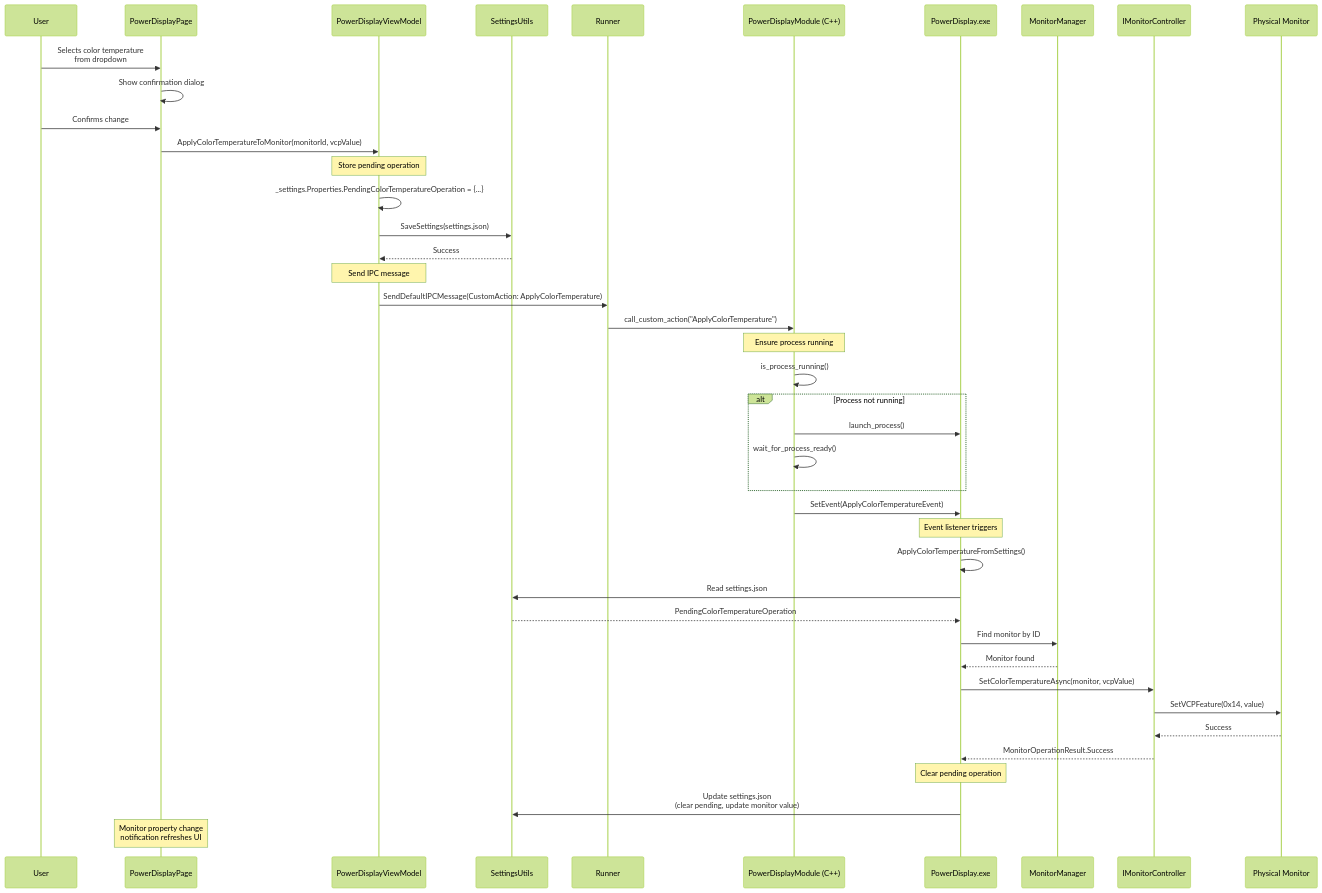
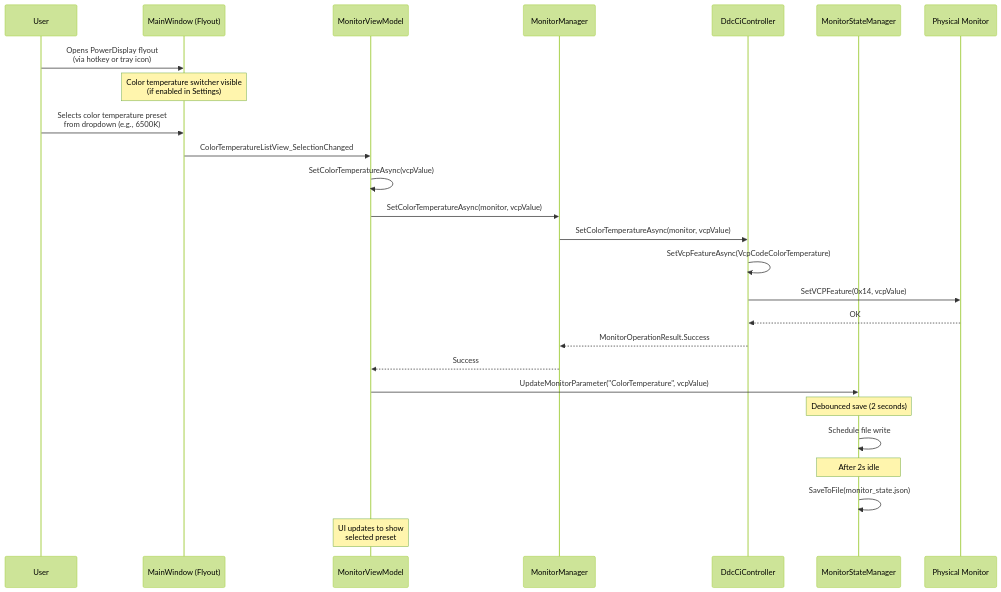
Before and after one commit to microsoft/PowerToys: diagram 19 of 23 in doc/devdocs/modules/powerdisplay/design.md, drawn with Mermaid (forest theme). The commit also changed other lines of this file and 23 other files, not shown here.

First line of the commit message:
Redesign PowerDisplay color temp: flyout-only, no IPC

````diff
--- a/doc/devdocs/modules/powerdisplay/design.md
+++ b/doc/devdocs/modules/powerdisplay/design.md
@@ -1255,55 +1256,39 @@
 ```mermaid
 sequenceDiagram
     participant User
-    participant SettingsPage as PowerDisplayPage
-    participant ViewModel as PowerDisplayViewModel
-    participant SettingsUtils
-    participant Runner
-    participant ModuleInterface as PowerDisplayModule (C++)
-    participant PowerDisplayApp as PowerDisplay.exe
+    participant Flyout as MainWindow (Flyout)
+    participant MonitorVM as MonitorViewModel
     participant MonitorManager
-    participant Controller as IMonitorController
+    participant Controller as DdcCiController
+    participant StateManager as MonitorStateManager
     participant Monitor as Physical Monitor
 
-    User->>SettingsPage: Selects color temperature<br/>from dropdown
-    SettingsPage->>SettingsPage: Show confirmation dialog
-    User->>SettingsPage: Confirms change
+    User->>Flyout: Opens PowerDisplay flyout<br/>(via hotkey or tray icon)
 
-    SettingsPage->>ViewModel: ApplyColorTemperatureToMonitor(monitorId, vcpValue)
+    Note over Flyout: Color temperature switcher visible<br/>(if enabled in Settings)
 
-    Note over ViewModel: Store pending operation
-    ViewModel->>ViewModel: _settings.Properties.PendingColorTemperatureOperation = {...}
-    ViewModel->>SettingsUtils: SaveSettings(settings.json)
-    SettingsUtils-->>ViewModel: Success
+    User->>Flyout: Selects color temperature preset<br/>from dropdown (e.g., 6500K)
 
-    Note over ViewModel: Send IPC message
-    ViewModel->>Runner: SendDefaultIPCMessage(CustomAction: ApplyColorTemperature)
-    Runner->>ModuleInterface: call_custom_action("ApplyColorTemperature")
+    Flyout->>MonitorVM: ColorTemperatureListView_SelectionChanged
+    MonitorVM->>MonitorVM: SetColorTemperatureAsync(vcpValue)
 
-    Note over ModuleInterface: Ensure process running
-    ModuleInterface->>ModuleInterface: is_process_running()
-    alt Process not running
-        ModuleInterface->>PowerDisplayApp: launch_process()
-        ModuleInterface->>ModuleInterface: wait_for_process_ready()
-    end
+    MonitorVM->>MonitorManager: SetColorTemperatureAsync(monitor, vcpValue)
 
-    ModuleInterface->>PowerDisplayApp: SetEvent(ApplyColorTemperatureEvent)
+    MonitorManager->>Controller: SetColorTemperatureAsync(monitor, vcpValue)
+    Controller->>Controller: SetVcpFeatureAsync(VcpCodeColorTemperature)
+    Controller->>Monitor: SetVCPFeature(0x14, vcpValue)
+    Monitor-->>Controller: OK
 
-    Note over PowerDisplayApp: Event listener triggers
-    PowerDisplayApp->>PowerDisplayApp: ApplyColorTemperatureFromSettings()
-    PowerDisplayApp->>SettingsUtils: Read settings.json
-    SettingsUtils-->>PowerDisplayApp: PendingColorTemperatureOperation
+    Controller-->>MonitorManager: MonitorOperationResult.Success
+    MonitorManager-->>MonitorVM: Success
 
-    PowerDisplayApp->>MonitorManager: Find monitor by ID
-    MonitorManager-->>PowerDisplayApp: Monitor found
+    MonitorVM->>StateManager: UpdateMonitorParameter("ColorTemperature", vcpValue)
 
-    PowerDisplayApp->>Controller: SetColorTemperatureAsync(monitor, vcpValue)
-    Controller->>Monitor: SetVCPFeature(0x14, value)
-    Monitor-->>Controller: Success
-    Controller-->>PowerDisplayApp: MonitorOperationResult.Success
+    Note over StateManager: Debounced save (2 seconds)
+    StateManager->>StateManager: Schedule file write
 
-    Note over PowerDisplayApp: Clear pending operation
-    PowerDisplayApp->>SettingsUtils: Update settings.json<br/>(clear pending, update monitor value)
+    Note over StateManager: After 2s idle
+    StateManager->>StateManager: SaveToFile(monitor_state.json)
 
-    Note over SettingsPage: Monitor property change<br/>notification refreshes UI
+    Note over MonitorVM: UI updates to show<br/>selected preset
 ```
````
